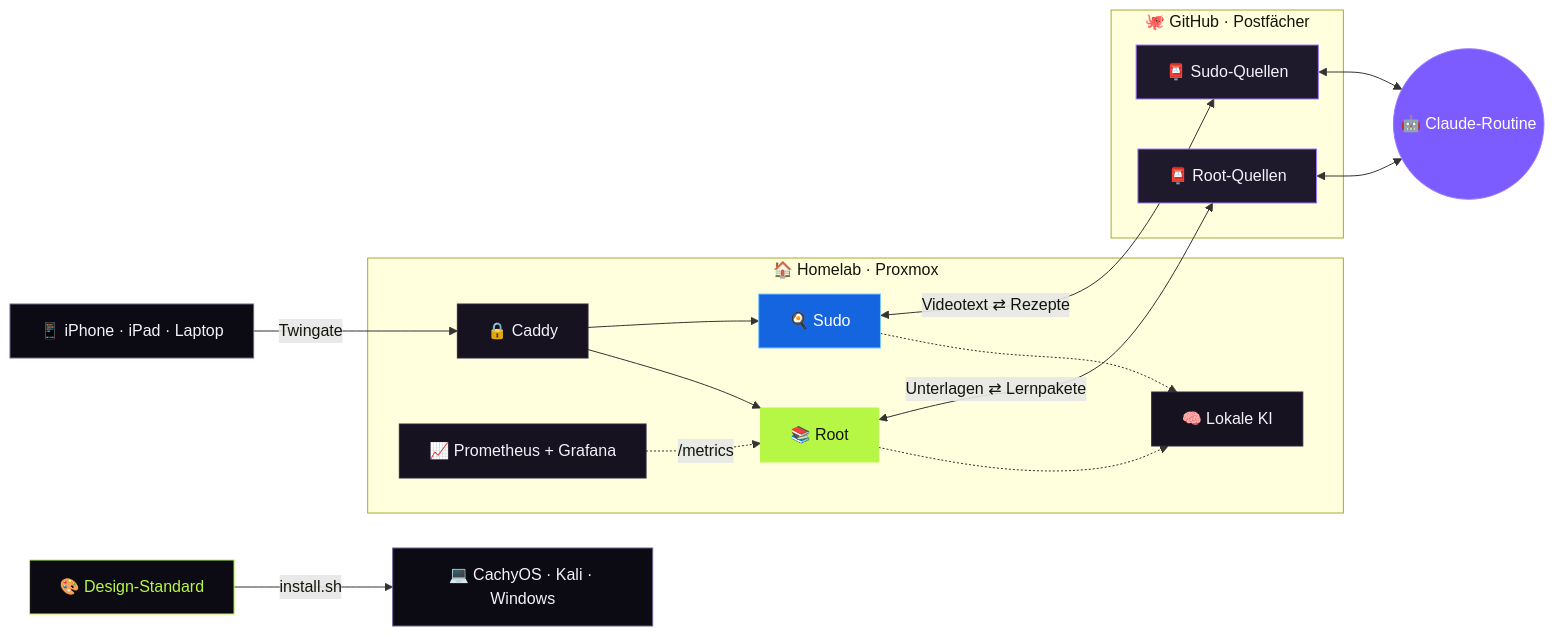
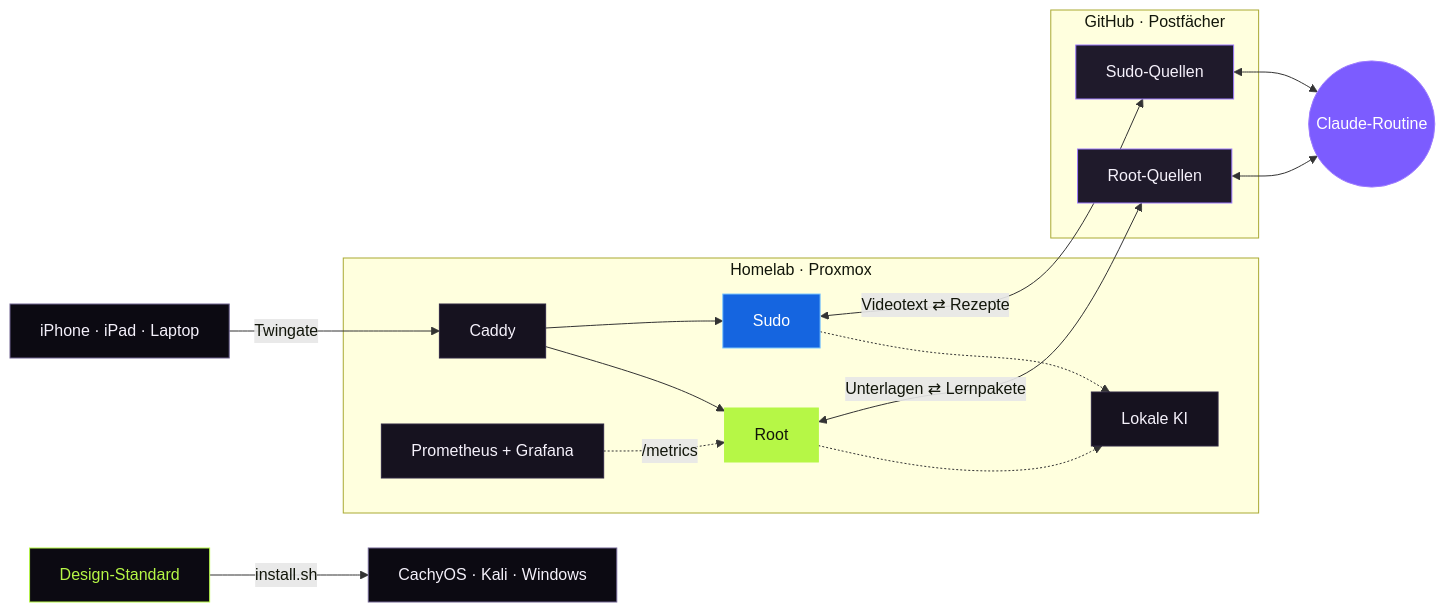
Before and after one commit to nono44hd/nono44hd: the diagram in README.md, drawn with Mermaid. The commit also changed other lines of this file, not shown here.

````diff
--- a/README.md
+++ b/README.md
@@ -163,41 +163,41 @@
 ```mermaid
 flowchart LR
-    DEV["📱 iPhone · iPad · Laptop"]:::dev
-    PCS["💻 CachyOS · Kali · Windows"]:::dev
-    DS["🎨 Design-Standard"]:::ds
+    DEV["iPhone · iPad · Laptop"]:::dev
+    PCS["CachyOS · Kali · Windows"]:::dev
+    DS["Design-Standard"]:::ds
 
-    subgraph LAB["🏠 Homelab · Proxmox"]
-        CADDY["🔒 Caddy"]:::infra
-        ROOT["📚 Root"]:::root
-        SUDO["🍳 Sudo"]:::sudo
-        KI["🧠 Lokale KI"]:::infra
-        MON["📈 Prometheus + Grafana"]:::infra
+    subgraph LAB["Homelab · Proxmox"]
+        CADDY["Caddy"]:::infra
+        ROOT["Root"]:::root
+        SUDO["Sudo"]:::sudo
+        KI["Lokale KI"]:::infra
+        MON["Prometheus + Grafana"]:::infra
     end
 
-    subgraph GH["🐙 GitHub · Postfächer"]
-        RQ["📮 Root-Quellen"]:::box
-        SQ["📮 Sudo-Quellen"]:::box
+    subgraph GH["GitHub · Postfächer"]
+        RQ["Root-Quellen"]:::box
+        SQ["Sudo-Quellen"]:::box
     end
 
-    AI(("🤖 Claude-Routine")):::ai
+    AI(("Claude-Routine")):::ai
 
     DEV -->|Twingate| CADDY
     CADDY --> ROOT
     CADDY --> SUDO
     ROOT -.-> KI
     SUDO -.-> KI
     MON -.->|"/metrics"| ROOT
     ROOT <-->|"Unterlagen ⇄ Lernpakete"| RQ
     SUDO <-->|"Videotext ⇄ Rezepte"| SQ
     RQ <--> AI
     SQ <--> AI
     DS -->|install.sh| PCS
 
     classDef root fill:#B6F746,stroke:#B6F746,color:#12160A
     classDef sudo fill:#1565E0,stroke:#7FC8FF,color:#FFFFFF
     classDef infra fill:#16121F,stroke:#2E2643,color:#F5F1FB
     classDef box fill:#1F1A2B,stroke:#9D7BFF,color:#F5F1FB
     classDef ai fill:#7C5CFF,stroke:#9D7BFF,color:#FFFFFF
     classDef dev fill:#0C0A12,stroke:#6E6390,color:#F5F1FB
     classDef ds fill:#0C0A12,stroke:#B6F746,color:#B6F746
 ```
````
